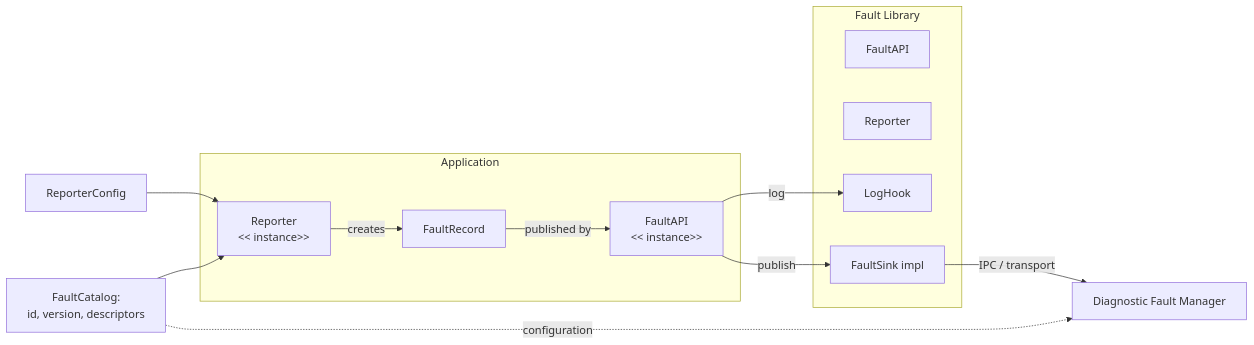
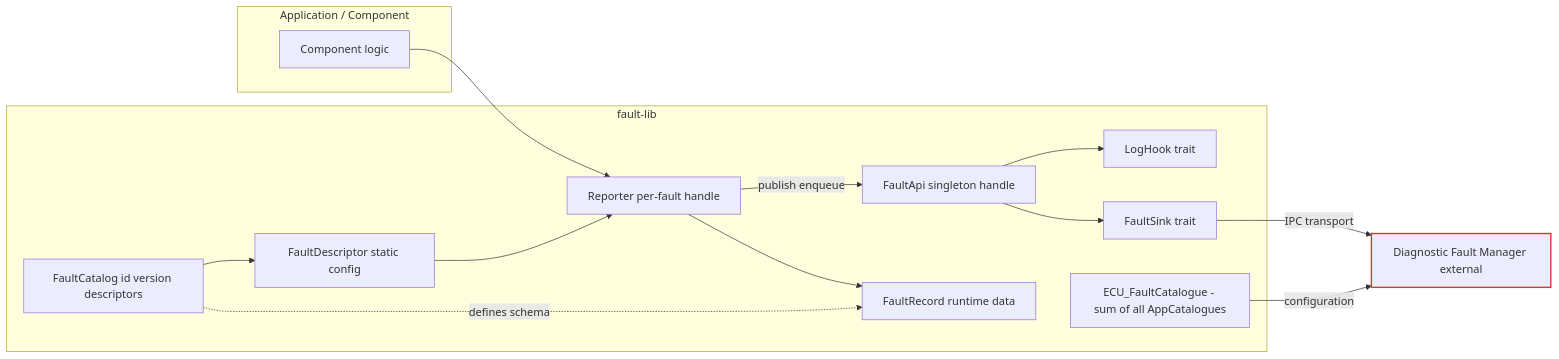
The first of 3 diagrams in docs/design/design.md (eclipse-opensovd/fault-lib), drawn with Mermaid before and after one commit. The commit also changed other lines of this file and 4 other files, not shown here.

````diff
--- a/docs/design/design.md
+++ b/docs/design/design.md
@@ -46,23 +54,30 @@
 ```mermaid
 flowchart LR
-    subgraph Application
-        A["FaultAPI 
-        << instance>>"]:::role
-        B["Reporter 
-        << instance>>"]
-        C[FaultRecord]
-        B --> |creates| C
-        C --> |published by| A
-    end
-    subgraph FaultLibrary[Fault Library]
-        FaultAPI
-        Reporter
-        A -->|log| G[LogHook]
-        A -->|publish| E[FaultSink impl]
-    end
-    Config[ReporterConfig] --> B
-    Catalog[FaultCatalog: <br> id, version, descriptors] --> B
+  subgraph fault_lib_crate["fault-lib"]
+    FaultApi["FaultApi singleton handle"]
+    Reporter["Reporter per-fault handle"]
+    FaultDescriptor["FaultDescriptor static config"]
+    FaultRecord["FaultRecord runtime data"]
+    LogHook["LogHook trait"]
+    FaultSink["FaultSink trait"]
+    FaultCatalog["FaultCatalog id version descriptors"]
+    ECU_FaultCatalogue["ECU_FaultCatalogue - sum of all AppCatalogues"]
+  end
 
-    Catalog -. configuration .-> F
-    E -->|IPC / transport| F[Diagnostic Fault Manager]
+  subgraph application_code["Application / Component"]
+    ComponentLogic["Component logic"]
+  end
+
+  ComponentLogic --> Reporter
+  FaultCatalog --> FaultDescriptor
+  FaultDescriptor --> Reporter
+  Reporter --> FaultRecord
+  Reporter -->|publish enqueue| FaultApi
+  FaultApi --> LogHook
+  FaultApi --> FaultSink
+  FaultSink -->|IPC transport| DFM["Diagnostic Fault Manager external"]
+  ECU_FaultCatalogue -->|configuration| DFM
+  FaultCatalog -. defines schema .-> FaultRecord
+
+  style DFM stroke:#d33,stroke-width:2px
 ```
````
